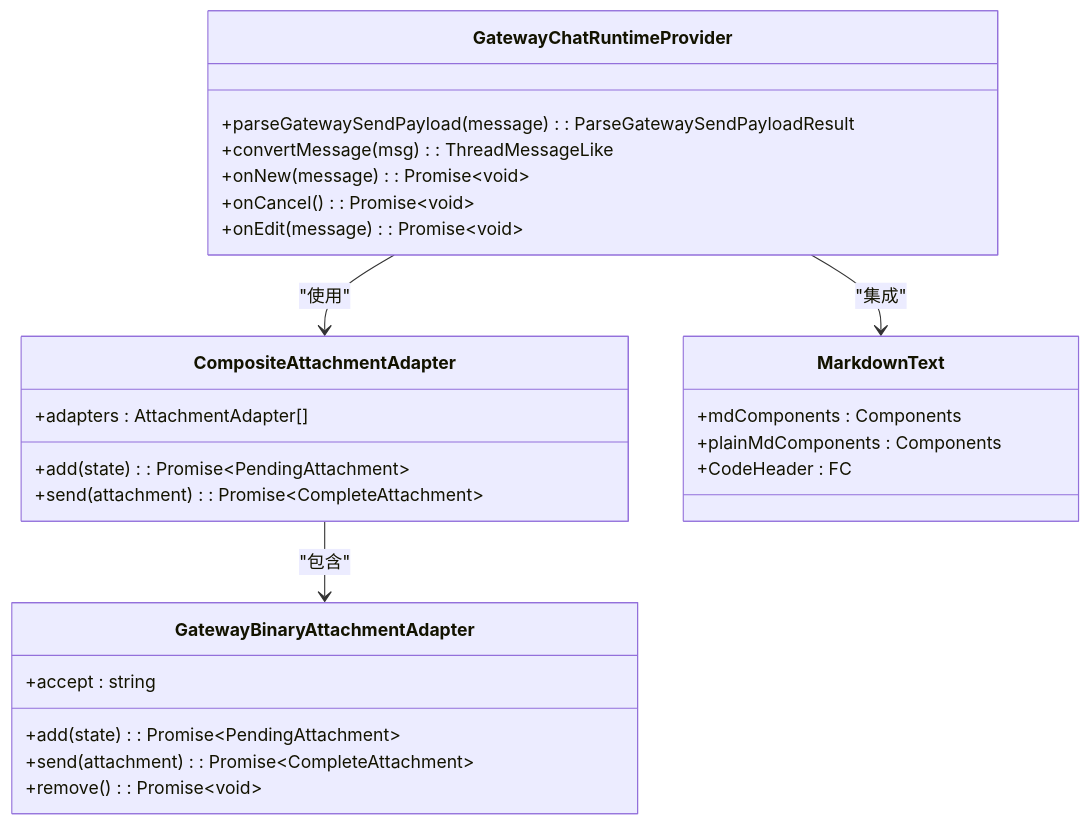
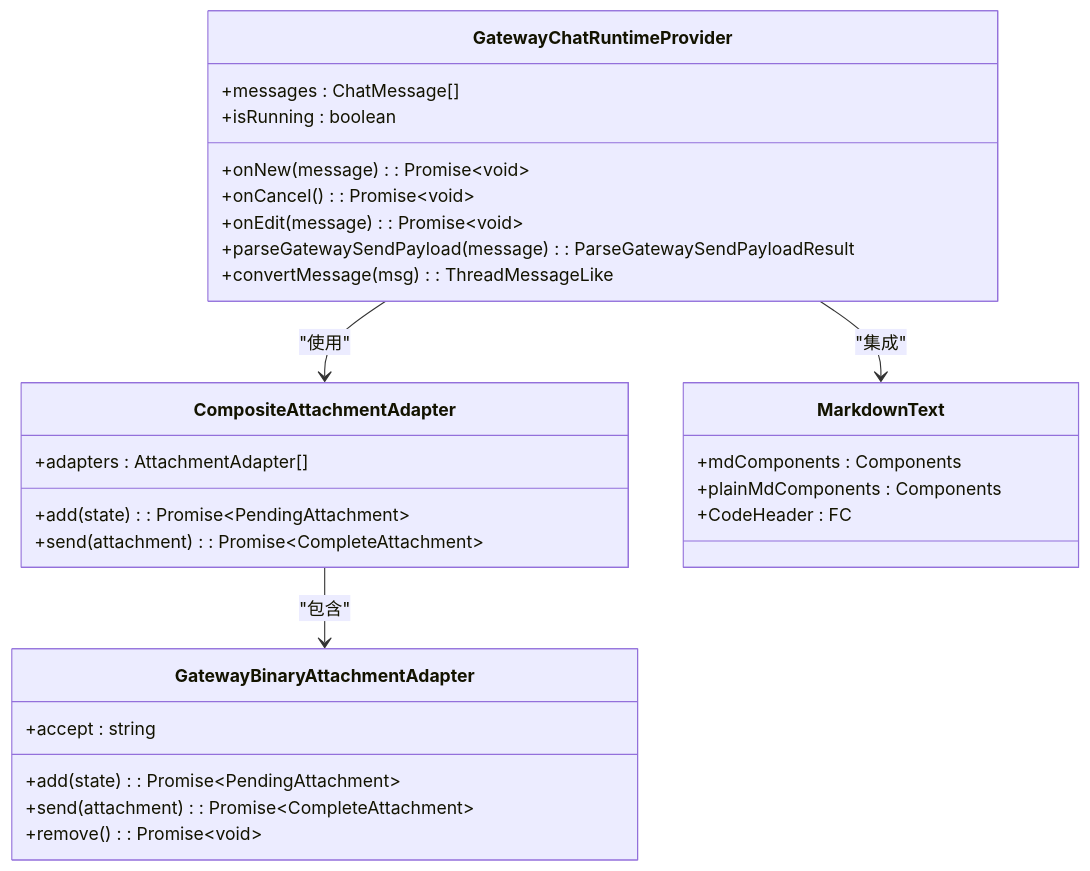
The second of 14 diagrams in .qoder/repowiki/zh/content/Web界面/WebChat界面/聊天附件处理系统.md (verse-ai-org/openclaw), drawn with Mermaid before and after one commit. The commit also changed other lines of this file and 86 other files, not shown here.

````diff
--- a/.qoder/repowiki/zh/content/Web界面/WebChat界面/聊天附件处理系统.md
+++ b/.qoder/repowiki/zh/content/Web界面/WebChat界面/聊天附件处理系统.md
@@ -133,29 +129,31 @@
 ```mermaid
 classDiagram
 class GatewayChatRuntimeProvider {
-+parseGatewaySendPayload(message) : ParseGatewaySendPayloadResult
-+convertMessage(msg) : ThreadMessageLike
++messages : ChatMessage[]
++isRunning : boolean
 +onNew(message) : Promise~void~
 +onCancel() : Promise~void~
 +onEdit(message) : Promise~void~
++parseGatewaySendPayload(message) : ParseGatewaySendPayloadResult
++convertMessage(msg) : ThreadMessageLike
 }
 class GatewayBinaryAttachmentAdapter {
 +accept : string
 +add(state) : Promise~PendingAttachment~
 +send(attachment) : Promise~CompleteAttachment~
 +remove() : Promise~void~
 }
 class CompositeAttachmentAdapter {
 +adapters : AttachmentAdapter[]
 +add(state) : Promise~PendingAttachment~
 +send(attachment) : Promise~CompleteAttachment~
 }
 class MarkdownText {
 +mdComponents : Components
 +plainMdComponents : Components
 +CodeHeader : FC
 }
 GatewayChatRuntimeProvider --> CompositeAttachmentAdapter : "使用"
 CompositeAttachmentAdapter --> GatewayBinaryAttachmentAdapter : "包含"
 GatewayChatRuntimeProvider --> MarkdownText : "集成"
 ```
````
